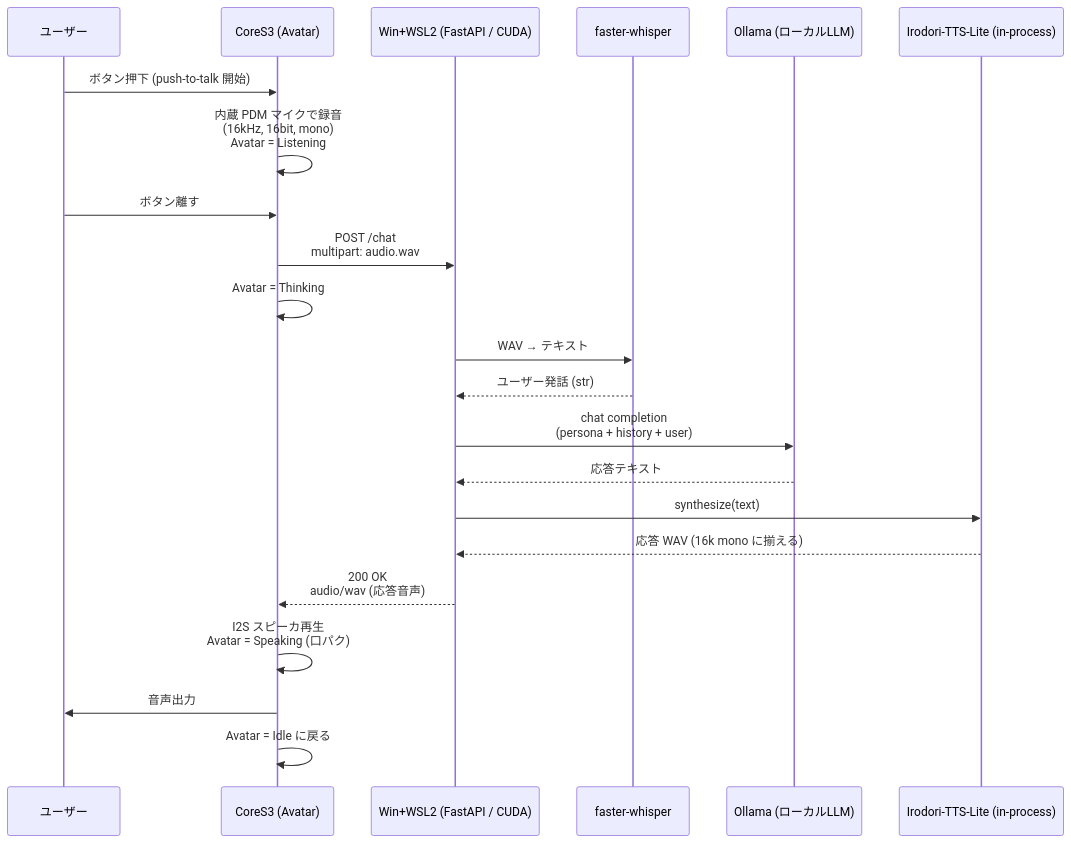
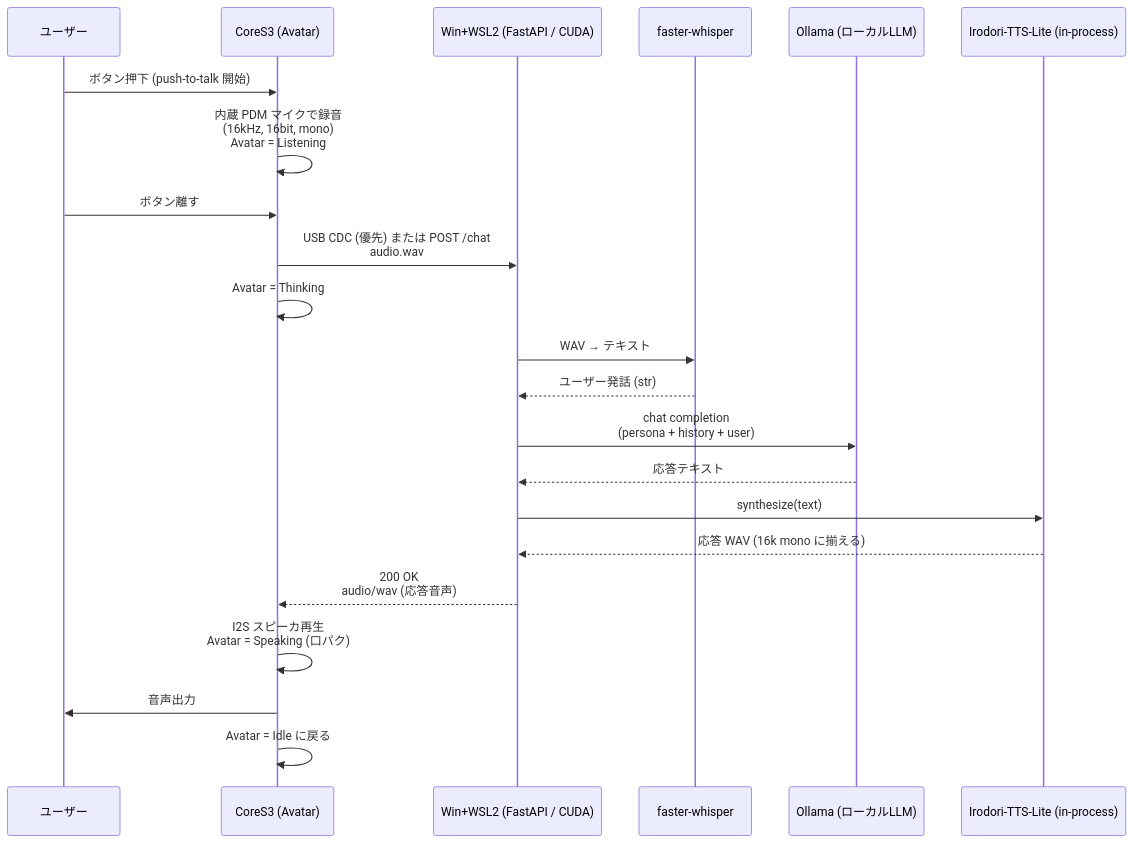
Before and after one commit to YosAwed/X68-Stackchan: the diagram in docs/architecture.md, drawn with Mermaid. The commit also changed 16 other files, not shown here.

````diff
--- a/docs/architecture.md
+++ b/docs/architecture.md
@@ -5,25 +5,25 @@
 ```mermaid
 sequenceDiagram
     participant U as ユーザー
     participant D as CoreS3 (Avatar)
     participant S as Win+WSL2 (FastAPI / CUDA)
     participant W as faster-whisper
     participant L as Ollama (ローカルLLM)
     participant V as Irodori-TTS-Lite (in-process)
 
     U->>D: ボタン押下 (push-to-talk 開始)
     D->>D: 内蔵 PDM マイクで録音<br/>(16kHz, 16bit, mono)<br/>Avatar = Listening
     U->>D: ボタン離す
-    D->>S: POST /chat<br/>multipart: audio.wav
+    D->>S: USB CDC (優先) または POST /chat<br/>audio.wav
     D->>D: Avatar = Thinking
     S->>W: WAV → テキスト
     W-->>S: ユーザー発話 (str)
     S->>L: chat completion<br/>(persona + history + user)
     L-->>S: 応答テキスト
     S->>V: synthesize(text)
     V-->>S: 応答 WAV (16k mono に揃える)
     S-->>D: 200 OK<br/>audio/wav (応答音声)
     D->>D: I2S スピーカ再生<br/>Avatar = Speaking (口パク)
     D->>U: 音声出力
     D->>D: Avatar = Idle に戻る
 ```
````
